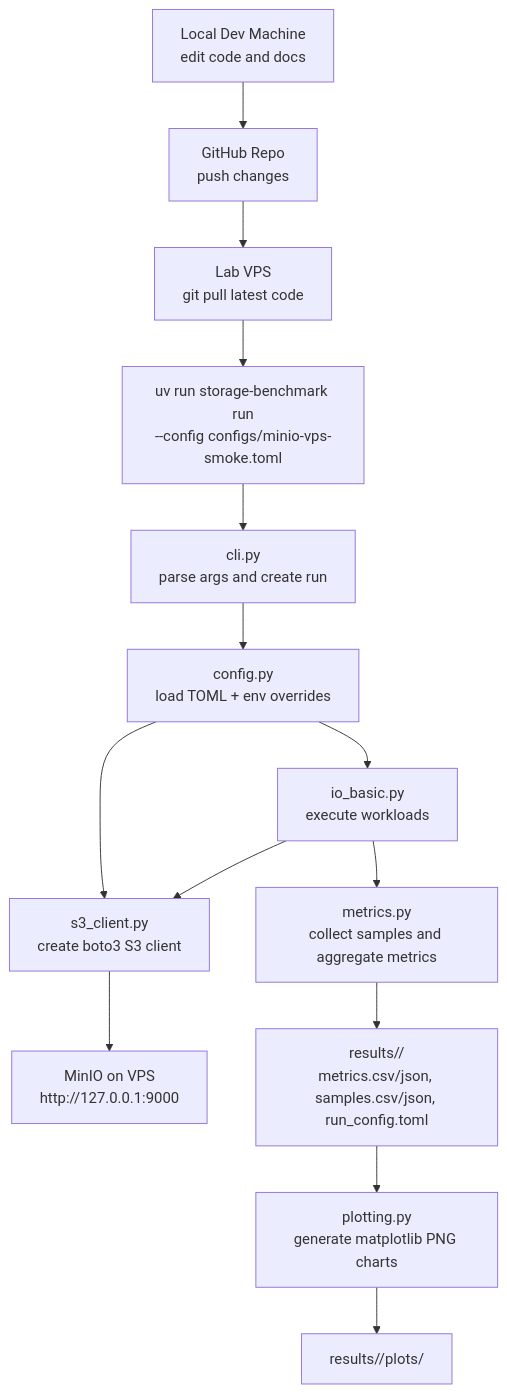
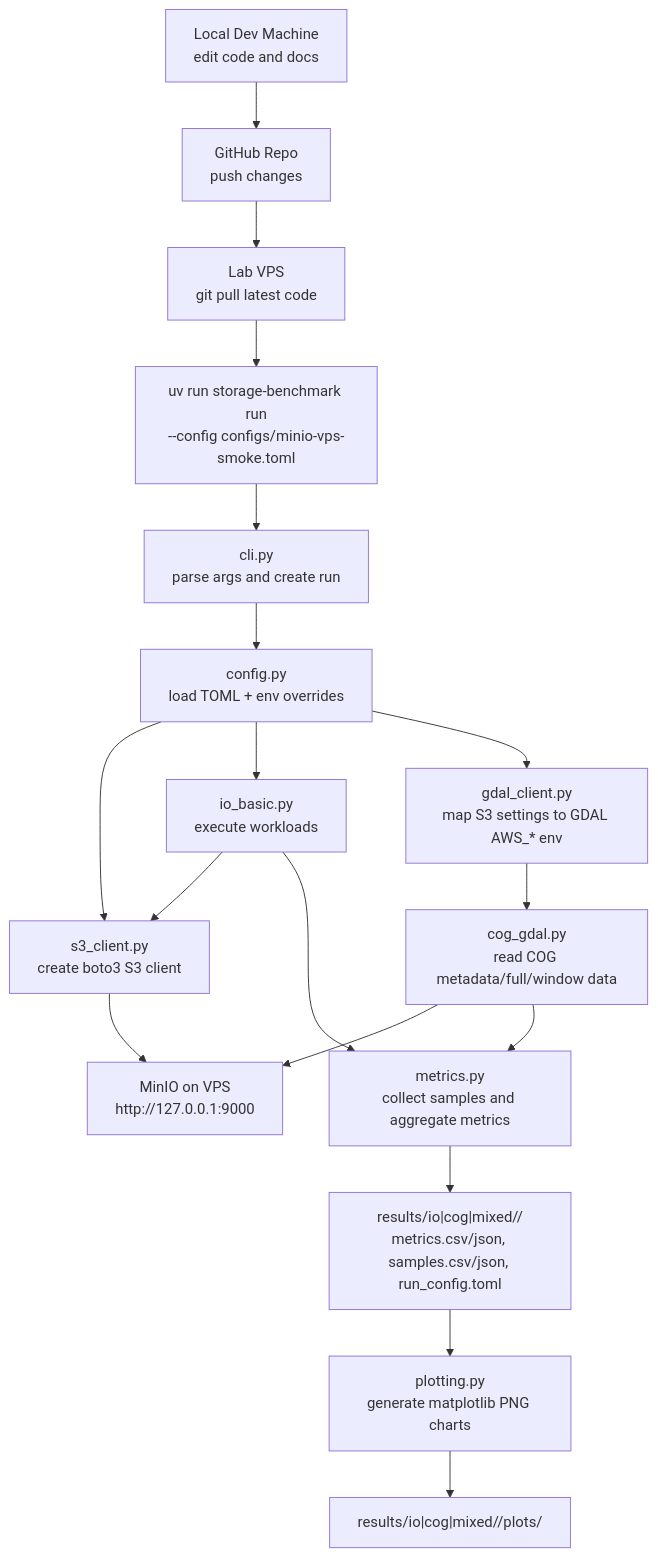
Before and after one commit to vsszhang/decentrolized-storage-system-benchmark: the first of 4 diagrams in README-UPDATE.md, drawn with Mermaid. The commit also changed other lines of this file and 1 other file, not shown here.

Commit message:
feat: update cog gdal description

````diff
--- a/README-UPDATE.md
+++ b/README-UPDATE.md
@@ -45,16 +45,20 @@
 ```mermaid
 flowchart TD
     A["Local Dev Machine<br/>edit code and docs"] --> B["GitHub Repo<br/>push changes"]
     B --> C["Lab VPS<br/>git pull latest code"]
     C --> D["uv run storage-benchmark run<br/>--config configs/minio-vps-smoke.toml"]
     D --> E["cli.py<br/>parse args and create run"]
     E --> F["config.py<br/>load TOML + env overrides"]
     F --> G["s3_client.py<br/>create boto3 S3 client"]
     G --> H["MinIO on VPS<br/>http://127.0.0.1:9000"]
     F --> I["io_basic.py<br/>execute workloads"]
     I --> G
+    F --> N["gdal_client.py<br/>map S3 settings to GDAL AWS_* env"]
+    N --> O["cog_gdal.py<br/>read COG metadata/full/window data"]
+    O --> H
     I --> J["metrics.py<br/>collect samples and aggregate metrics"]
-    J --> K["results/<timestamp>/<br/>metrics.csv/json, samples.csv/json, run_config.toml"]
+    O --> J
+    J --> K["results/io|cog|mixed/<timestamp>/<br/>metrics.csv/json, samples.csv/json, run_config.toml"]
     K --> L["plotting.py<br/>generate matplotlib PNG charts"]
-    L --> M["results/<timestamp>/plots/"]
+    L --> M["results/io|cog|mixed/<timestamp>/plots/"]
 ```
````
